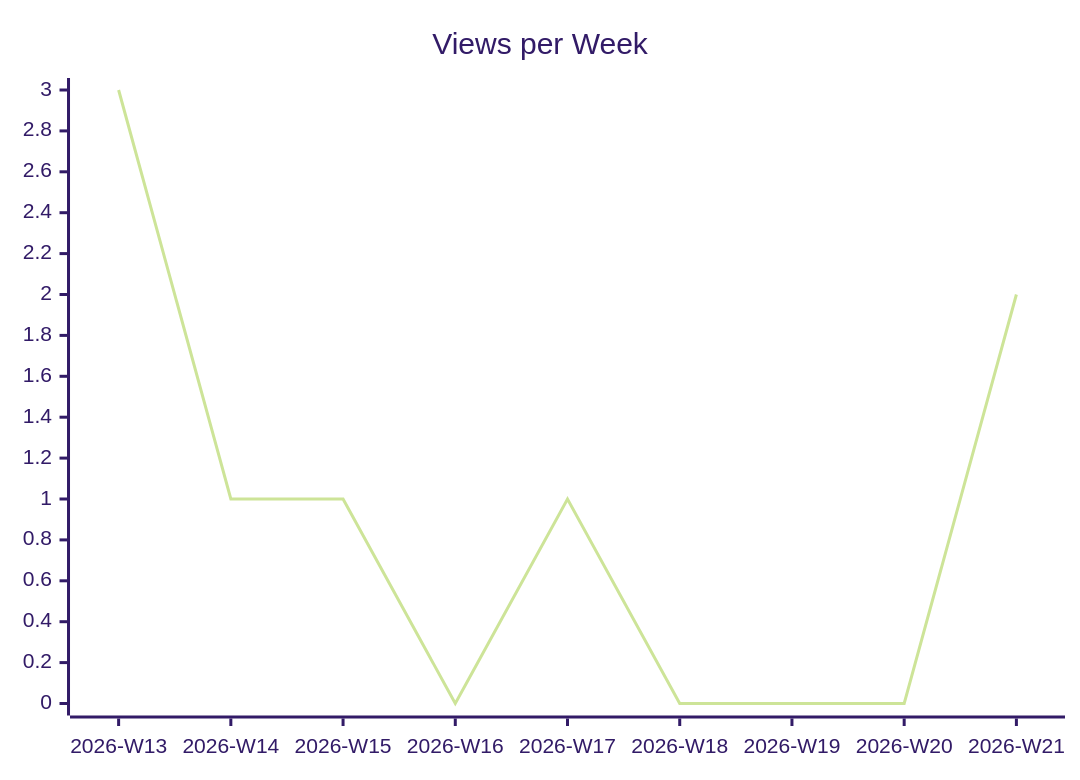
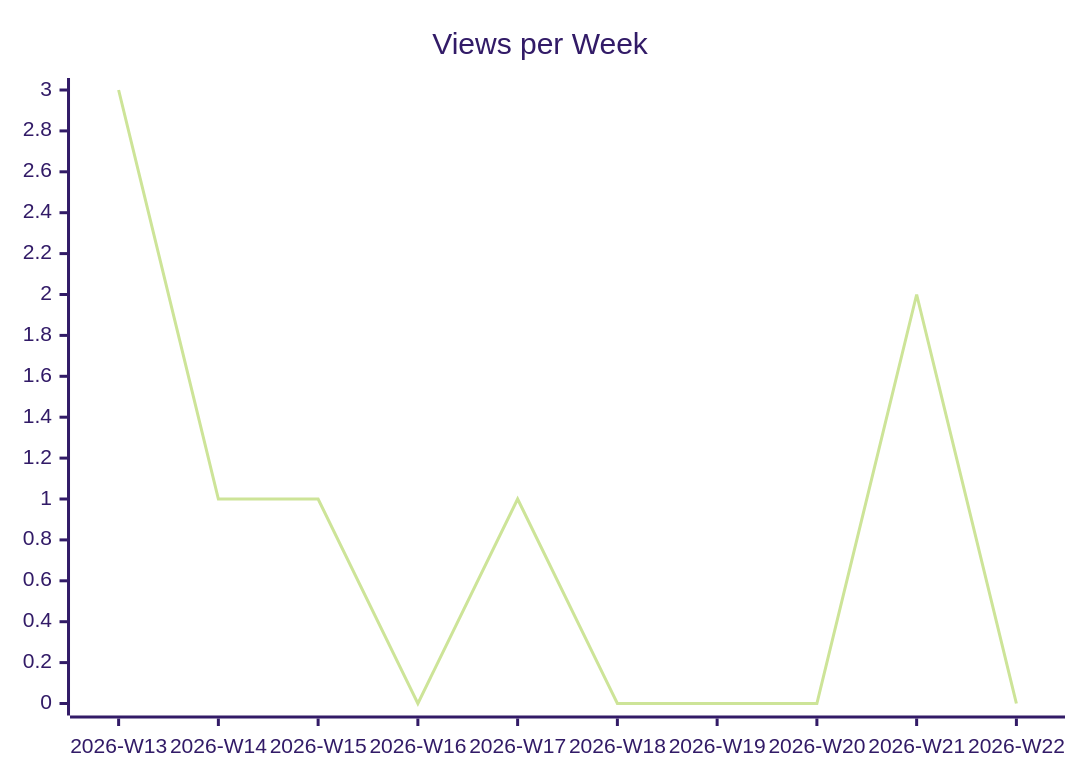
One commit to justdavis-family/github-analytics-data changed the second of 3 diagrams in karlmdavis/rps-tourney/README.md. Above: the diagram before and after it, drawn with Mermaid (forest theme). The commit also changed other lines of this file and 190 other files, not shown here.

````diff
--- a/karlmdavis/rps-tourney/README.md
+++ b/karlmdavis/rps-tourney/README.md
@@ -12,6 +12,6 @@
 ```mermaid
 xychart-beta
   title "Views per Week"
-  x-axis ["2026-W13", "2026-W14", "2026-W15", "2026-W16", "2026-W17", "2026-W18", "2026-W19", "2026-W20", "2026-W21"]
-  line [3, 1, 1, 0, 1, 0, 0, 0, 2]
+  x-axis ["2026-W13", "2026-W14", "2026-W15", "2026-W16", "2026-W17", "2026-W18", "2026-W19", "2026-W20", "2026-W21", "2026-W22"]
+  line [3, 1, 1, 0, 1, 0, 0, 0, 2, 0]
 ```
````
